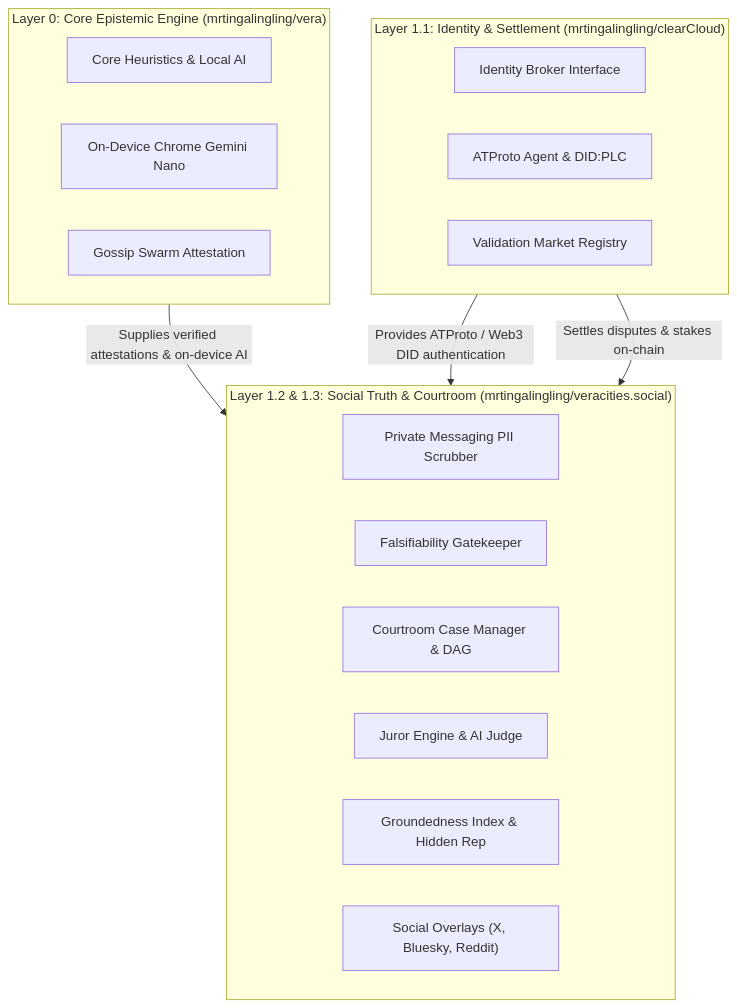
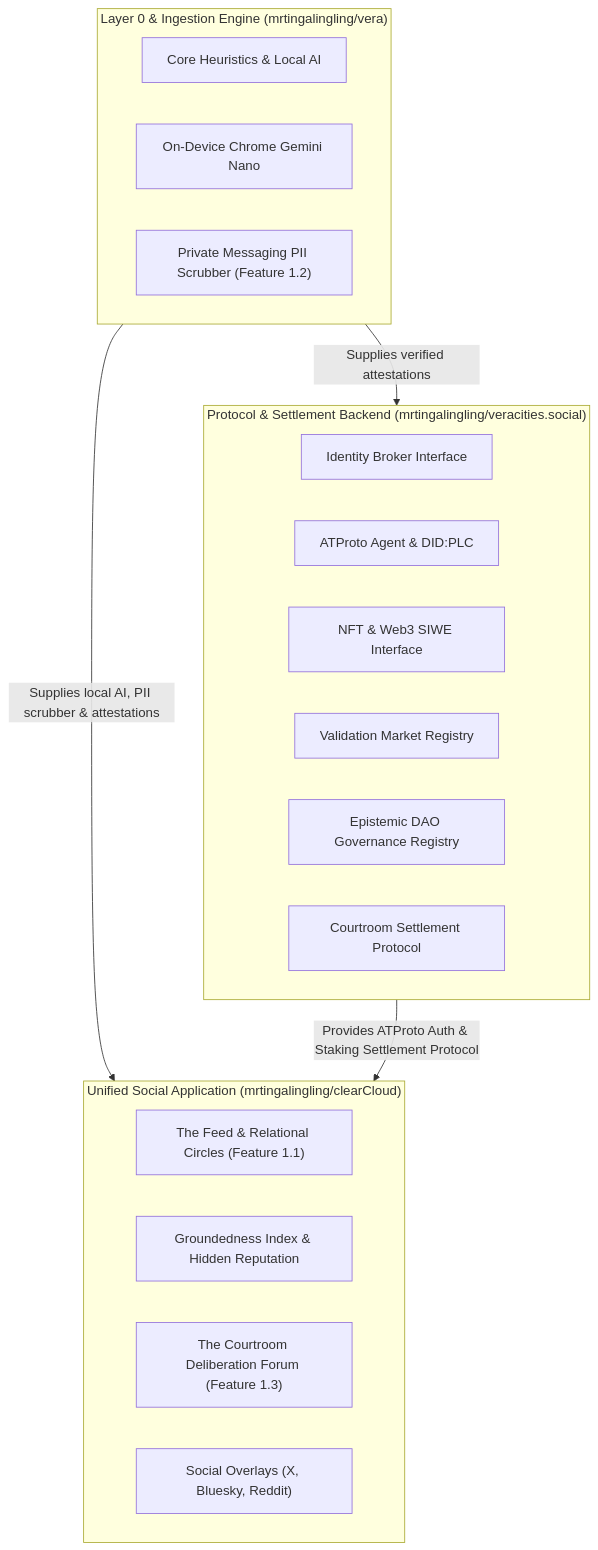
Before and after one commit to mrtingalingling/veracities.social: the diagram in README.md, drawn with Mermaid. The commit also changed other lines of this file and 32 other files, not shown here.

Commit message:
feat: Restructure veracities.social as Protocol & Settlement Backend

````diff
--- a/README.md
+++ b/README.md
@@ -11,27 +11,28 @@
 ```mermaid
 graph TD
-    subgraph Layer0 ["Layer 0: Core Epistemic Engine (mrtingalingling/vera)"]
+    subgraph Layer0 ["Layer 0 & Ingestion Engine (mrtingalingling/vera)"]
         V_Engine["Core Heuristics & Local AI"]
         V_Nano["On-Device Chrome Gemini Nano"]
-        V_P2P["Gossip Swarm Attestation"]
+        V_Scrub["Private Messaging PII Scrubber (Feature 1.2)"]
     end
 
-    subgraph Layer1_1 ["Layer 1.1: Identity & Settlement (mrtingalingling/clearCloud)"]
-        C_Auth["Identity Broker Interface"]
-        C_ATProto["ATProto Agent & DID:PLC"]
-        C_Market["Validation Market Registry"]
+    subgraph LayerProtocol ["Protocol & Settlement Backend (mrtingalingling/veracities.social)"]
+        P_Auth["Identity Broker Interface"]
+        P_ATProto["ATProto Agent & DID:PLC"]
+        P_Web3["NFT & Web3 SIWE Interface"]
+        P_Market["Validation Market Registry"]
+        P_DAO["Epistemic DAO Governance Registry"]
+        P_Settle["Courtroom Settlement Protocol"]
     end
 
-    subgraph Layer1_2_3 ["Layer 1.2 & 1.3: Social Truth & Courtroom (mrtingalingling/veracities.social)"]
-        S_PII["Private Messaging PII Scrubber"]
-        S_Gate["Falsifiability Gatekeeper"]
-        S_Court["Courtroom Case Manager & DAG"]
-        S_Jury["Juror Engine & AI Judge"]
-        S_Feed["Groundedness Index & Hidden Rep"]
-        S_Overlay["Social Overlays (X, Bluesky, Reddit)"]
+    subgraph LayerApp ["Unified Social Application (mrtingalingling/clearCloud)"]
+        A_Feed["The Feed & Relational Circles (Feature 1.1)"]
+        A_Grounded["Groundedness Index & Hidden Reputation"]
+        A_Court["The Courtroom Deliberation Forum (Feature 1.3)"]
+        A_Overlay["Social Overlays (X, Bluesky, Reddit)"]
     end
 
-    Layer0 -->|"Supplies verified attestations & on-device AI"| Layer1_2_3
-    Layer1_1 -->|"Provides ATProto / Web3 DID authentication"| Layer1_2_3
-    Layer1_1 -->|"Settles disputes & stakes on-chain"| Layer1_2_3
+    Layer0 -->|"Supplies local AI, PII scrubber & attestations"| LayerApp
+    Layer0 -->|"Supplies verified attestations"| LayerProtocol
+    LayerProtocol -->|"Provides ATProto Auth & Staking Settlement Protocol"| LayerApp
 ```
````
